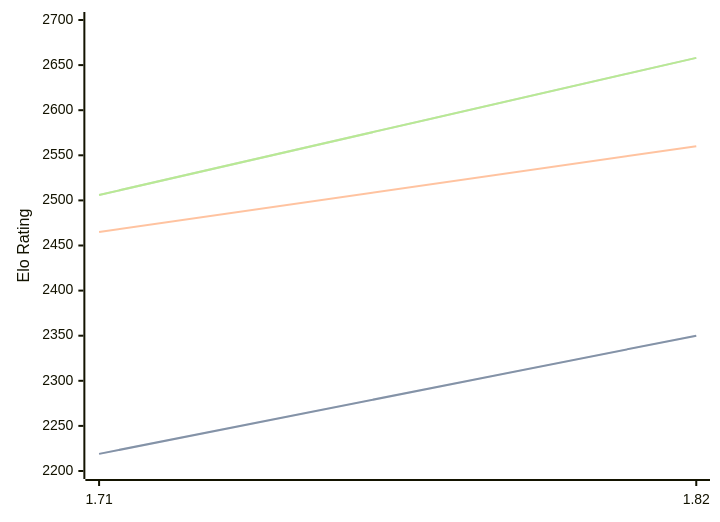
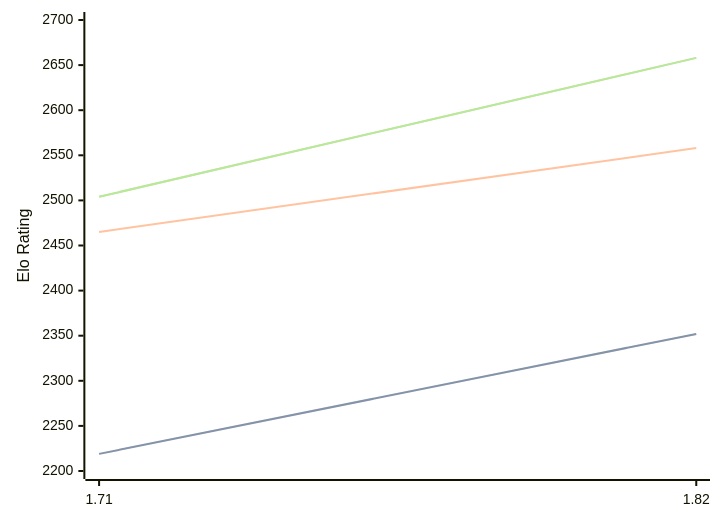
One commit to computer-chess-index/cci changed the diagram in engines/Amira.md. Above: the diagram before and after it, drawn with Mermaid. The commit also changed other lines of this file, not shown here.

Commit message:
Update CCI Ratings (ELO VLTC) - 2026-03-30

````diff
--- a/engines/Amira.md
+++ b/engines/Amira.md
@@ -35,11 +35,11 @@
 ```mermaid
 %%{init: {"theme":"base","themeVariables":{"seriesColors:['#a3a3a3','#222221','#faa371']}}}%%
 xychart-beta
   x-axis ["1.71", "1.82"]
   y-axis "Elo Rating" 2200 --> 2700
-  line "STC (8.0+0.08s)" [2219, 2350]
-  line "STC (8.0+0.08s)" [2219, 2350]
-  line "LTC (60.0+0.60s)" [2465, 2560]
-  line "VLTC (2m24s+1.12s)" [2506, 2658]
-  line "VLTC (2m24s+1.12s)" [2506, 2658]
+  line "STC (8.0+0.08s)" [2219, 2352]
+  line "STC (8.0+0.08s)" [2219, 2352]
+  line "LTC (60.0+0.60s)" [2465, 2558]
+  line "VLTC (2m24s+1.12s)" [2504, 2658]
+  line "VLTC (2m24s+1.12s)" [2504, 2658]
 ```
````
